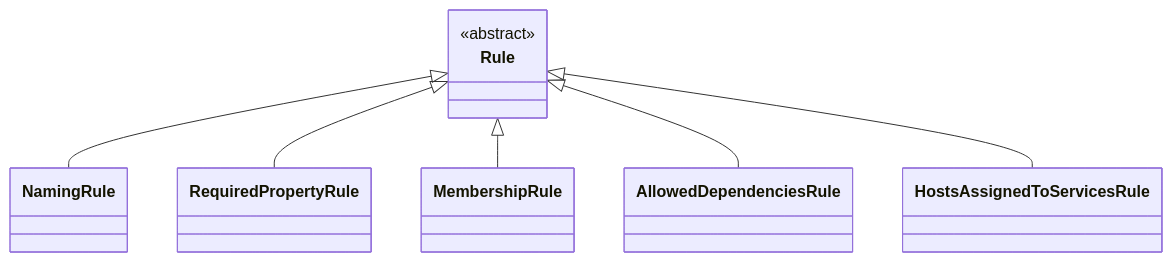
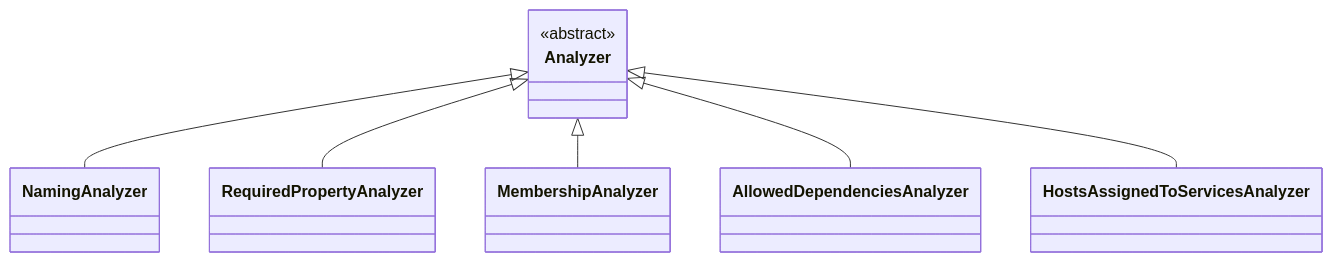
Before and after one commit to RicoSuter/Namotion.Interceptor: the second of 7 diagrams in src/HomeBlaze/HomeBlaze/Data/Files/Docs/ArchDocs/subject-model.md, drawn with Mermaid. The commit also changed other lines of this file and 66 other files, not shown here.

````diff
--- a/src/HomeBlaze/HomeBlaze/Data/Files/Docs/ArchDocs/subject-model.md
+++ b/src/HomeBlaze/HomeBlaze/Data/Files/Docs/ArchDocs/subject-model.md
@@ -69,16 +69,16 @@
 ```mermaid
 classDiagram
-    class Rule {
+    class Analyzer {
         <<abstract>>
     }
-    class NamingRule
-    class RequiredPropertyRule
-    class MembershipRule
-    class AllowedDependenciesRule
-    class HostsAssignedToServicesRule
-    Rule <|-- NamingRule
-    Rule <|-- RequiredPropertyRule
-    Rule <|-- MembershipRule
-    Rule <|-- AllowedDependenciesRule
-    Rule <|-- HostsAssignedToServicesRule
+    class NamingAnalyzer
+    class RequiredPropertyAnalyzer
+    class MembershipAnalyzer
+    class AllowedDependenciesAnalyzer
+    class HostsAssignedToServicesAnalyzer
+    Analyzer <|-- NamingAnalyzer
+    Analyzer <|-- RequiredPropertyAnalyzer
+    Analyzer <|-- MembershipAnalyzer
+    Analyzer <|-- AllowedDependenciesAnalyzer
+    Analyzer <|-- HostsAssignedToServicesAnalyzer
 ```
````
